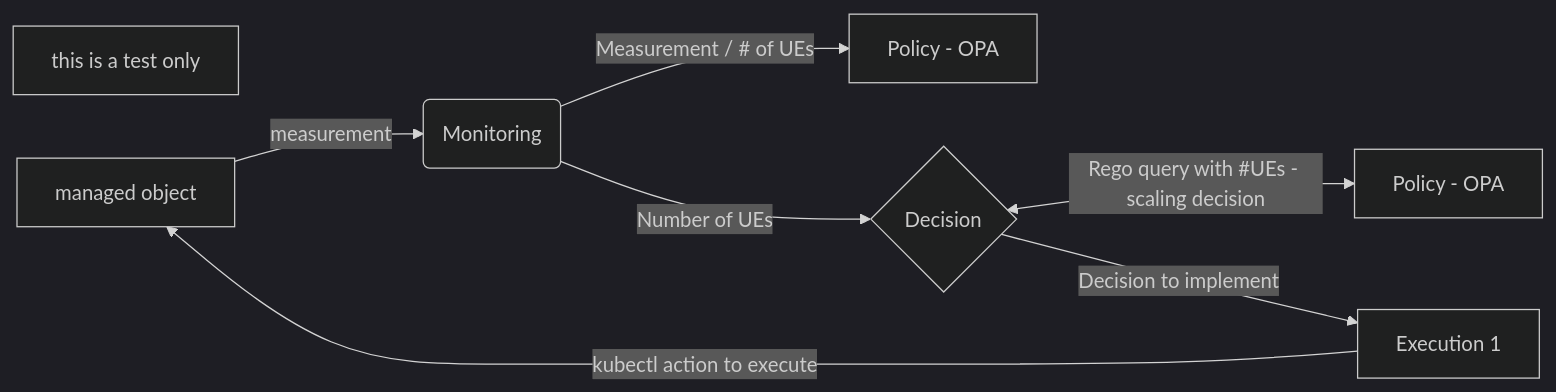
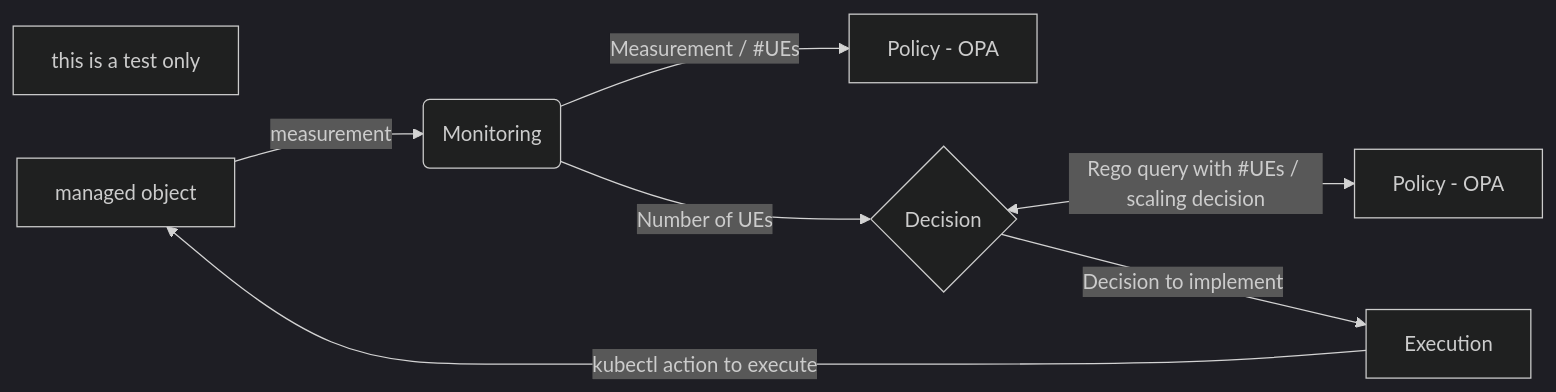
The diagram in README2.md (dbursztynowski/cl_demo), drawn with Mermaid (dark theme) before and after one commit.

````diff
--- a/README2.md
+++ b/README2.md
@@ -7,11 +7,11 @@
 ```mermaid
 flowchart LR
 
 I[this is a test only]
 M[managed object] -->|measurement| A(Monitoring)
-A -->|Measurement / # of UEs| P[Policy - OPA]
+A -->|Measurement / #UEs| P[Policy - OPA]
 A -->|Number of UEs| B{Decision}
-B <-->|Rego query with #UEs - scaling decision| C[Policy - OPA]
-B -->|Decision to implement| D[Execution 1]
+B <-->|Rego query with #UEs / scaling decision| C[Policy - OPA]
+B -->|Decision to implement| D[Execution]
 D -->|kubectl action to execute| M
 ```
````
